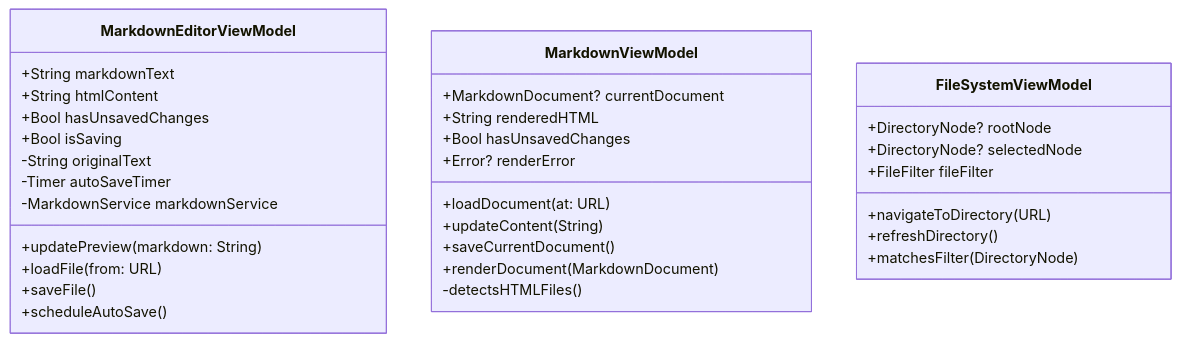
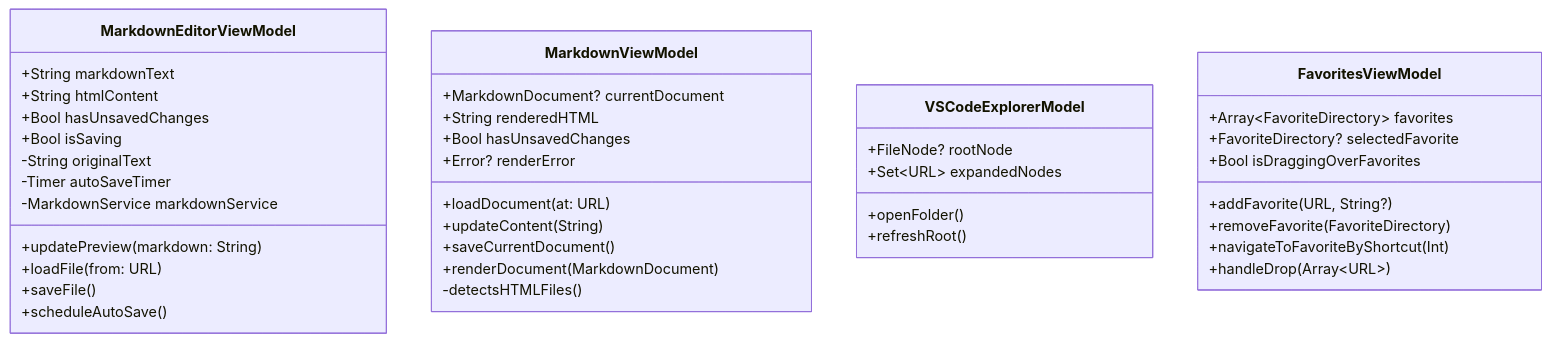
The third of 11 diagrams in docs/development/current-architecture.md (Consortium-team/mac-markdown-browser), drawn with Mermaid before and after one commit. The commit also changed other lines of this file and 3 other files, not shown here.

````diff
--- a/docs/development/current-architecture.md
+++ b/docs/development/current-architecture.md
@@ -106,37 +113,45 @@
 ```mermaid
 classDiagram
     class MarkdownEditorViewModel {
         +String markdownText
         +String htmlContent
         +Bool hasUnsavedChanges
         +Bool isSaving
         -String originalText
         -Timer autoSaveTimer
         -MarkdownService markdownService
         +updatePreview(markdown: String)
         +loadFile(from: URL)
         +saveFile()
         +scheduleAutoSave()
     }
     
     class MarkdownViewModel {
         +MarkdownDocument? currentDocument
         +String renderedHTML
         +Bool hasUnsavedChanges
         +Error? renderError
         +loadDocument(at: URL)
         +updateContent(String)
         +saveCurrentDocument()
         +renderDocument(MarkdownDocument)
         -detectsHTMLFiles()
     }
     
-    class FileSystemViewModel {
-        +DirectoryNode? rootNode
-        +DirectoryNode? selectedNode
-        +FileFilter fileFilter
-        +navigateToDirectory(URL)
-        +refreshDirectory()
-        +matchesFilter(DirectoryNode)
+    class VSCodeExplorerModel {
+        +FileNode? rootNode
+        +Set~URL~ expandedNodes
+        +openFolder()
+        +refreshRoot()
+    }
+    
+    class FavoritesViewModel {
+        +Array~FavoriteDirectory~ favorites
+        +FavoriteDirectory? selectedFavorite
+        +Bool isDraggingOverFavorites
+        +addFavorite(URL, String?)
+        +removeFavorite(FavoriteDirectory)
+        +navigateToFavoriteByShortcut(Int)
+        +handleDrop(Array~URL~)
     }
 ```
````
